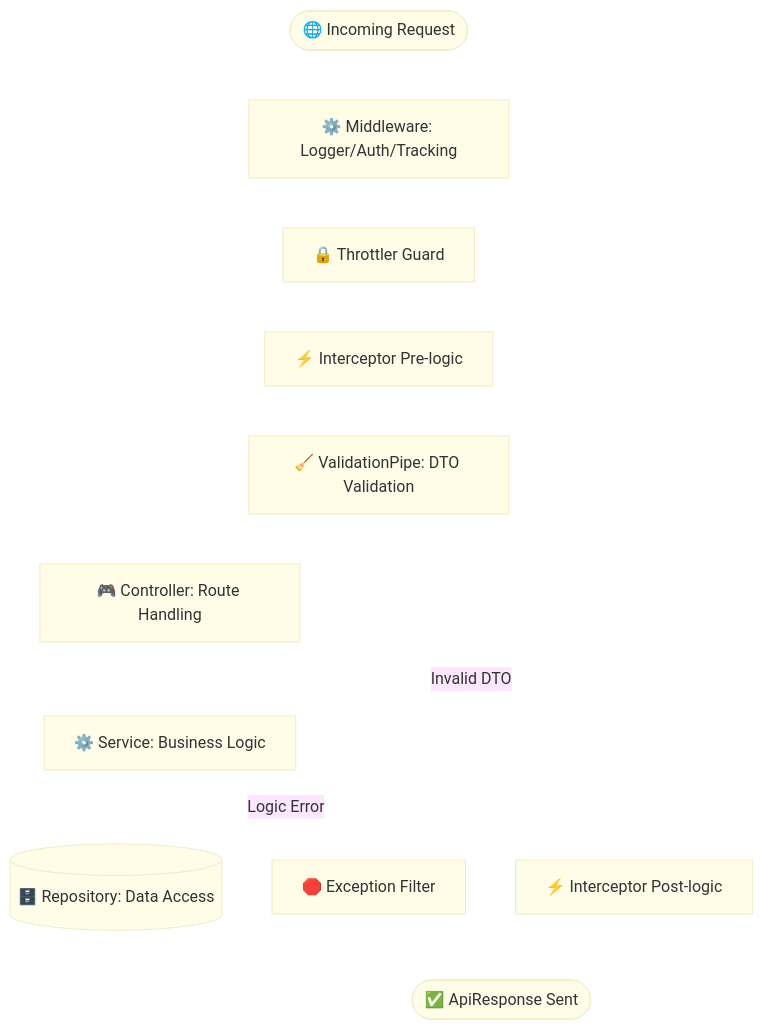
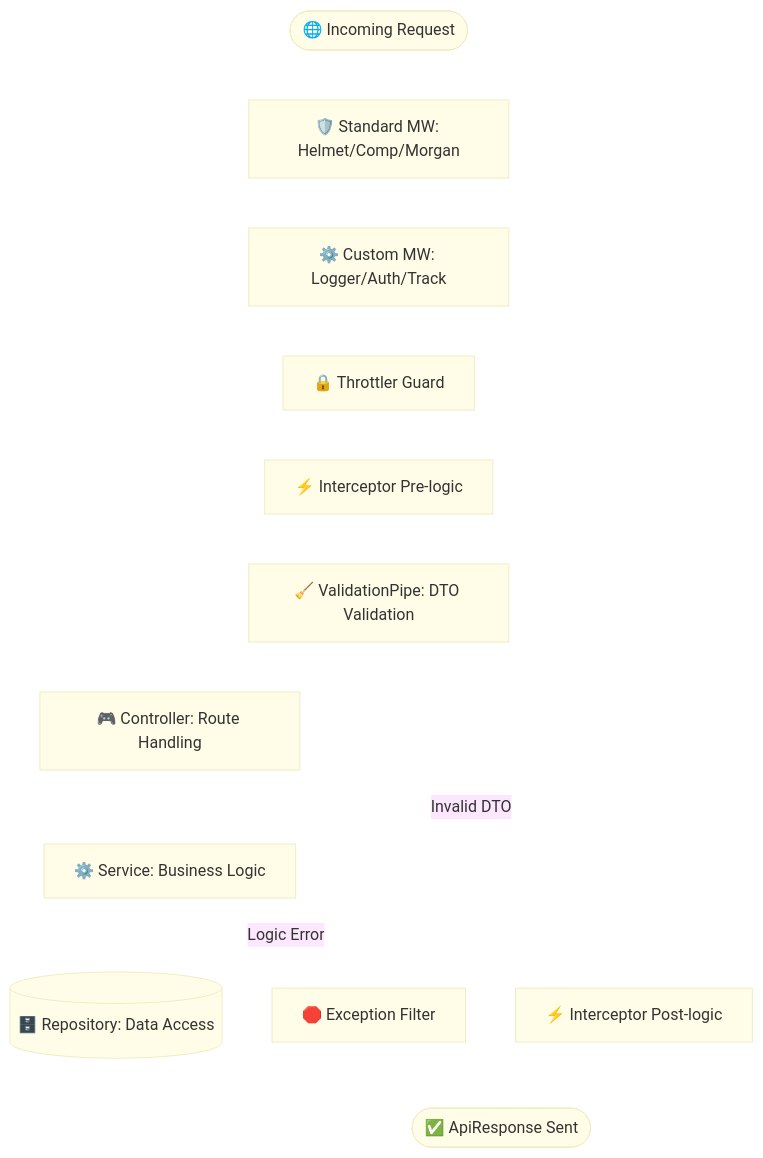
The fifth of 5 diagrams in CODEBASE_ANALYSIS.md (alvianzf/introduction-to-nest), drawn with Mermaid before and after one commit. The commit also changed 1 other file, not shown here.

Commit message:
Final factual audit: Align diagrams with exact middleware execution order

````diff
--- a/CODEBASE_ANALYSIS.md
+++ b/CODEBASE_ANALYSIS.md
@@ -88,22 +88,23 @@
 ```mermaid
 %%{init: {'theme': 'base', 'themeVariables': { 'primaryColor': '#fffde7', 'edgeColor': '#ffffff', 'tertiaryColor': '#e0f7fa', 'lineColor': '#ffffff'}}}%%
 graph TD
-    Request([🌐 Incoming Request]) --> Middleware[⚙️ Middleware: Logger/Auth/Tracking]
-    Middleware --> Guard[🔒 Throttler Guard]
+    Request([🌐 Incoming Request]) --> StdMW[🛡️ Standard MW: Helmet/Comp/Morgan]
+    StdMW --> CustomMW[⚙️ Custom MW: Logger/Auth/Track]
+    CustomMW --> Guard[🔒 Throttler Guard]
     Guard --> Interceptor_Pre[⚡ Interceptor Pre-logic]
     Interceptor_Pre --> Pipe[🧹 ValidationPipe: DTO Validation]
     Pipe --> Controller[🎮 Controller: Route Handling]
     Controller --> Service[⚙️ Service: Business Logic]
     Service --> Repo[(🗄️ Repository: Data Access)]
     Repo --> Service
     Service --> Controller
     Controller --> Interceptor_Post[⚡ Interceptor Post-logic]
     Interceptor_Post --> Response([✅ ApiResponse Sent])
     
     %% Error Path
     Pipe -. Invalid DTO .-> Filter[🛑 Exception Filter]
     Service -. Logic Error .-> Filter
     Filter --> Response
 
     linkStyle default stroke:#ffffff,stroke-width:2px
 ```
````
